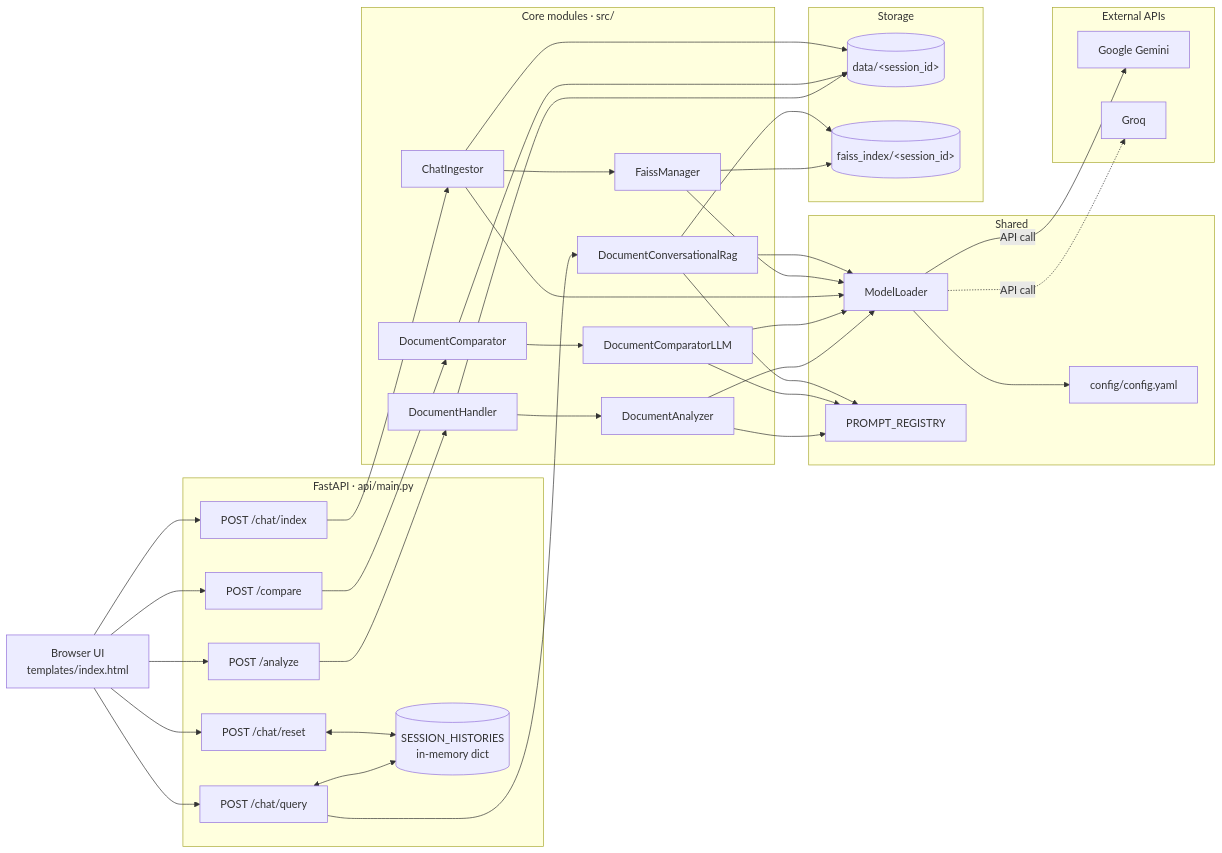
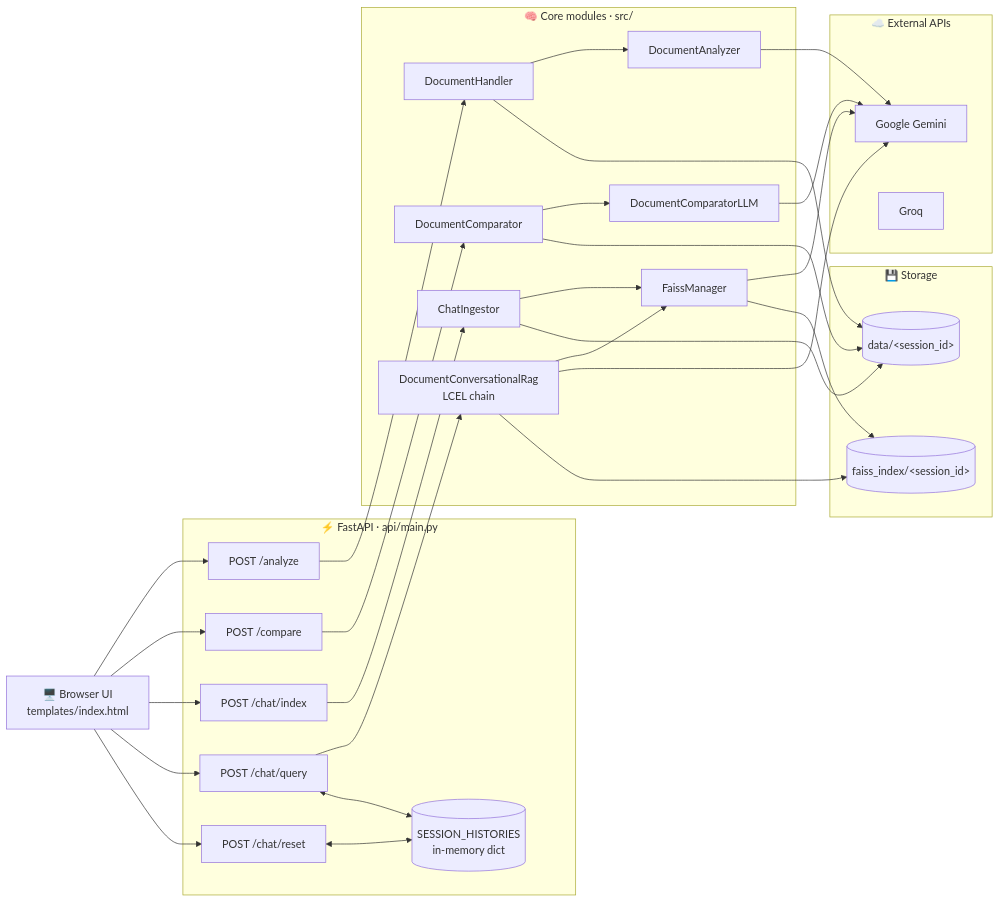
One commit to Rabby3075/document_portal changed the first of 2 diagrams in README.md. Above: the diagram before and after it, drawn with Mermaid. The commit also changed other lines of this file and 1 other file, not shown here.

````diff
--- a/README.md
+++ b/README.md
@@ -25,71 +27,44 @@
 ```mermaid
 flowchart LR
-    UI["Browser UI<br/>templates/index.html"]
+    UI["🖥️ Browser UI<br/>templates/index.html"]
 
-    subgraph API["FastAPI · api/main.py"]
+    subgraph API["⚡ FastAPI · api/main.py"]
         EP1["POST /analyze"]
         EP2["POST /compare"]
         EP3["POST /chat/index"]
         EP4["POST /chat/query"]
         EP5["POST /chat/reset"]
         MEM[("SESSION_HISTORIES<br/>in-memory dict")]
     end
 
-    subgraph CORE["Core modules · src/"]
+    subgraph CORE["🧠 Core modules · src/"]
         DH["DocumentHandler"]
         DC["DocumentComparator"]
         DA["DocumentAnalyzer"]
         DCL["DocumentComparatorLLM"]
         CI["ChatIngestor"]
         FM["FaissManager"]
-        RAG["DocumentConversationalRag"]
+        RAG["DocumentConversationalRag<br/>LCEL chain"]
     end
 
-    subgraph UTIL["Shared"]
-        ML["ModelLoader"]
-        PROMPT["PROMPT_REGISTRY"]
-        CFG["config/config.yaml"]
-    end
-
-    subgraph STORAGE["Storage"]
+    subgraph STORAGE["💾 Storage"]
         FS[("data/&lt;session_id&gt;")]
         FAISS[("faiss_index/&lt;session_id&gt;")]
     end
 
-    subgraph EXT["External APIs"]
+    subgraph EXT["☁️ External APIs"]
         GEMINI["Google Gemini"]
         GROQ["Groq"]
     end
 
-    UI --> EP1
-    UI --> EP2
-    UI --> EP3
-    UI --> EP4
-    UI --> EP5
-
-    EP1 --> DH --> DA
-    EP2 --> DC --> DCL
-    EP3 --> CI --> FM
-    EP4 --> RAG
+    UI --> EP1 & EP2 & EP3 & EP4 & EP5
+    EP1 --> DH --> DA --> GEMINI
+    EP2 --> DC --> DCL --> GEMINI
+    EP3 --> CI --> FM --> GEMINI
+    EP4 --> RAG --> FM
+    RAG --> GEMINI
     EP4 <--> MEM
     EP5 <--> MEM
-
-    DA --> ML
-    DCL --> ML
-    CI --> ML
-    FM --> ML
-    RAG --> ML
-    DA --> PROMPT
-    DCL --> PROMPT
-    RAG --> PROMPT
-    ML --> CFG
-
-    DH --> FS
-    DC --> FS
-    CI --> FS
-    FM --> FAISS
-    RAG --> FAISS
-
-    ML -->|API call| GEMINI
-    ML -.->|API call| GROQ
+    DH & DC & CI --> FS
+    FM & RAG --> FAISS
 ```
````
